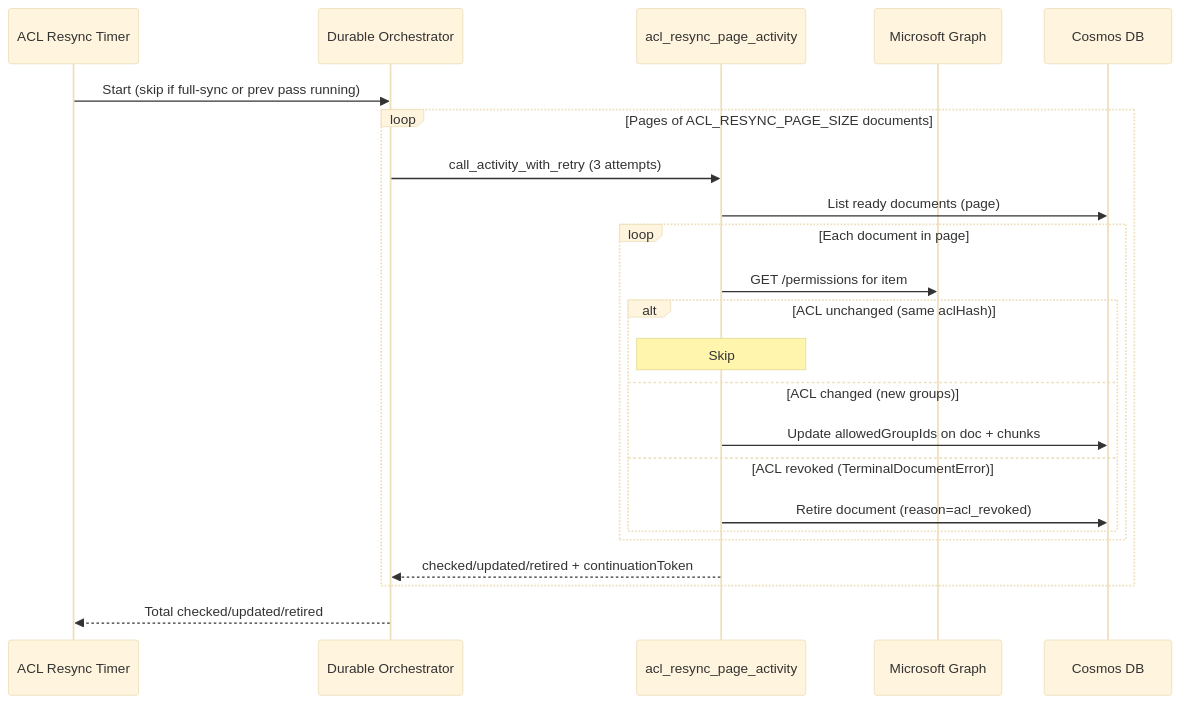
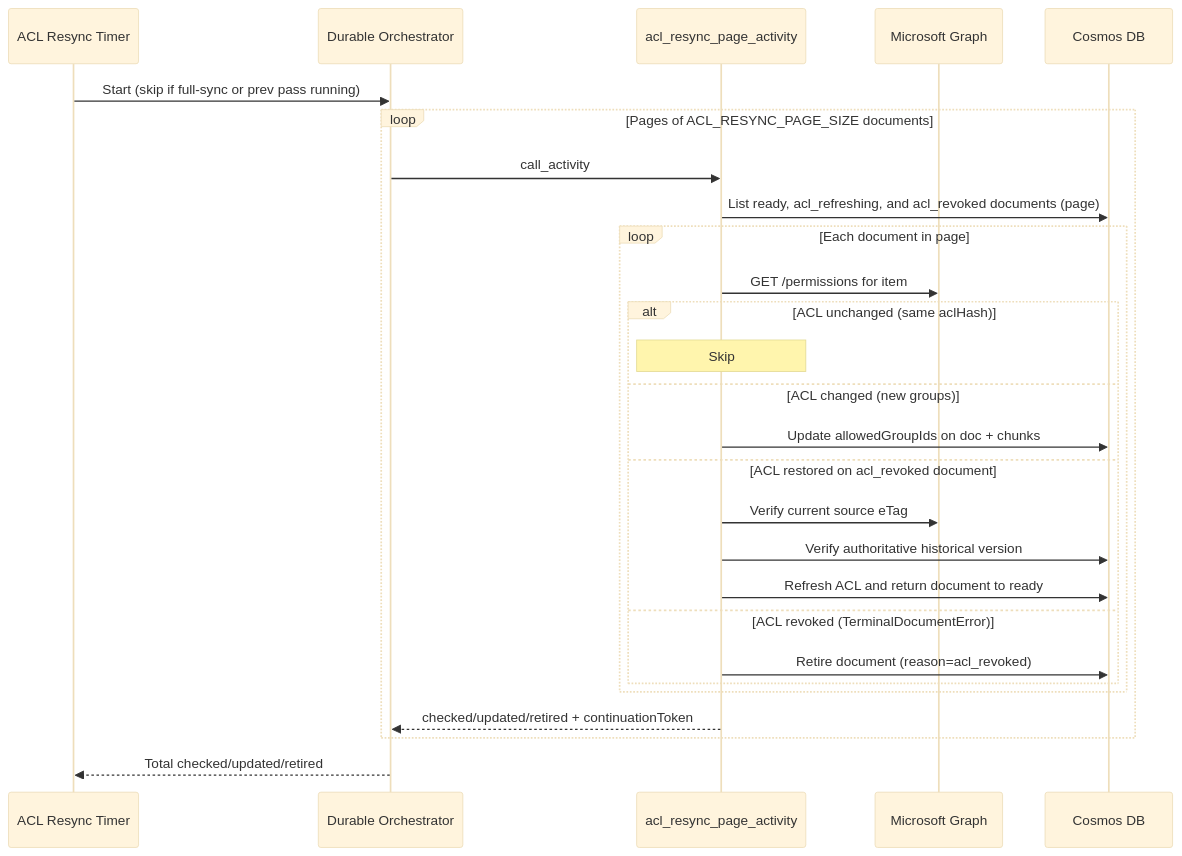
Before and after one commit to HariVamsiChittari/enterprise-rag-pipeline: the fourth of 11 diagrams in docs/ARCHITECTURE.md, drawn with Mermaid (base theme). The commit also changed other lines of this file and 108 other files, not shown here.

````diff
--- a/docs/ARCHITECTURE.md
+++ b/docs/ARCHITECTURE.md
@@ -156,26 +162,30 @@
 ```mermaid
 sequenceDiagram
     participant Timer as ACL Resync Timer
     participant Orch as Durable Orchestrator
     participant Act as acl_resync_page_activity
     participant Graph as Microsoft Graph
     participant Cosmos as Cosmos DB
 
     Timer->>Orch: Start (skip if full-sync or prev pass running)
     loop Pages of ACL_RESYNC_PAGE_SIZE documents
-        Orch->>Act: call_activity_with_retry (3 attempts)
-        Act->>Cosmos: List ready documents (page)
+        Orch->>Act: call_activity
+        Act->>Cosmos: List ready, acl_refreshing, and acl_revoked documents (page)
         loop Each document in page
             Act->>Graph: GET /permissions for item
             alt ACL unchanged (same aclHash)
                 Note over Act: Skip
             else ACL changed (new groups)
                 Act->>Cosmos: Update allowedGroupIds on doc + chunks
+            else ACL restored on acl_revoked document
+                Act->>Graph: Verify current source eTag
+                Act->>Cosmos: Verify authoritative historical version
+                Act->>Cosmos: Refresh ACL and return document to ready
             else ACL revoked (TerminalDocumentError)
                 Act->>Cosmos: Retire document (reason=acl_revoked)
             end
         end
         Act-->>Orch: checked/updated/retired + continuationToken
     end
     Orch-->>Timer: Total checked/updated/retired
 ```
````
